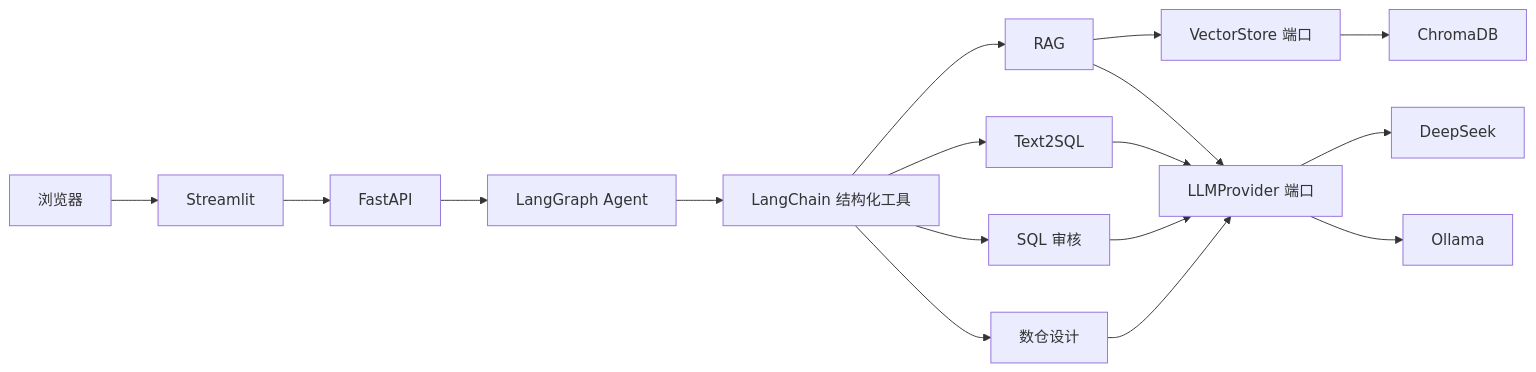
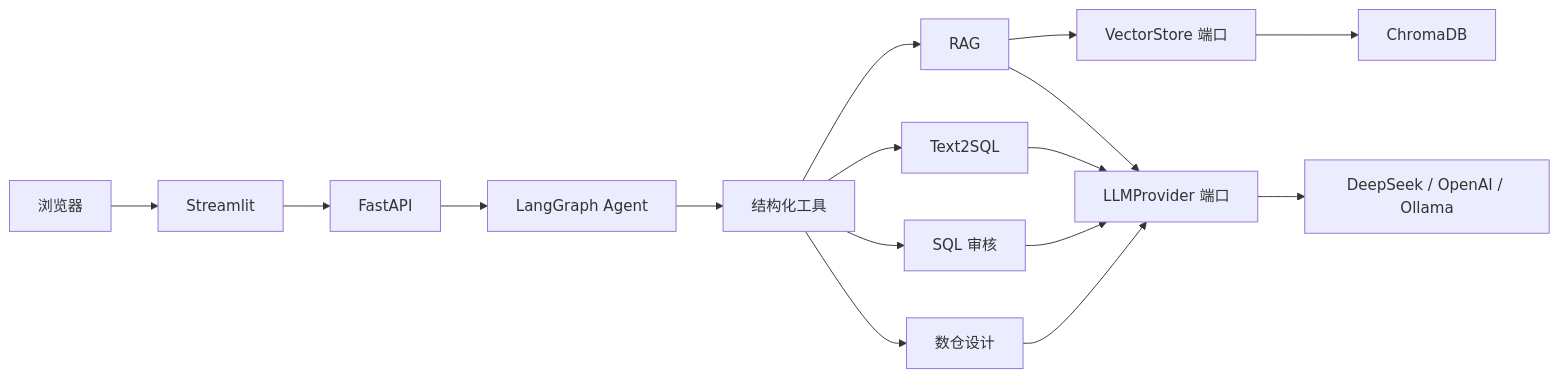
Before and after one commit to plutoczm/DataCopilot: the second of 7 diagrams in docs/ARCHITECTURE.md, drawn with Mermaid. The commit also changed other lines of this file, not shown here.

Commit message:
docs: align architecture with ai application refactor

````diff
--- a/docs/ARCHITECTURE.md
+++ b/docs/ARCHITECTURE.md
@@ -52,19 +51,18 @@
 ```mermaid
 flowchart LR
     Browser[浏览器] --> UI[Streamlit]
     UI --> API[FastAPI]
     API --> Agent[LangGraph Agent]
-    Agent --> Tools[LangChain 结构化工具]
+    Agent --> Tools[结构化工具]
     Tools --> RAG[RAG]
     Tools --> T2S[Text2SQL]
     Tools --> Review[SQL 审核]
     Tools --> Warehouse[数仓设计]
     RAG --> VectorPort[VectorStore 端口]
     RAG --> LLMPort[LLMProvider 端口]
     T2S --> LLMPort
     Review --> LLMPort
     Warehouse --> LLMPort
     VectorPort --> Chroma[ChromaDB]
-    LLMPort --> DeepSeek[DeepSeek]
-    LLMPort --> Ollama[Ollama]
+    LLMPort --> Provider[DeepSeek / OpenAI / Ollama]
 ```
````
